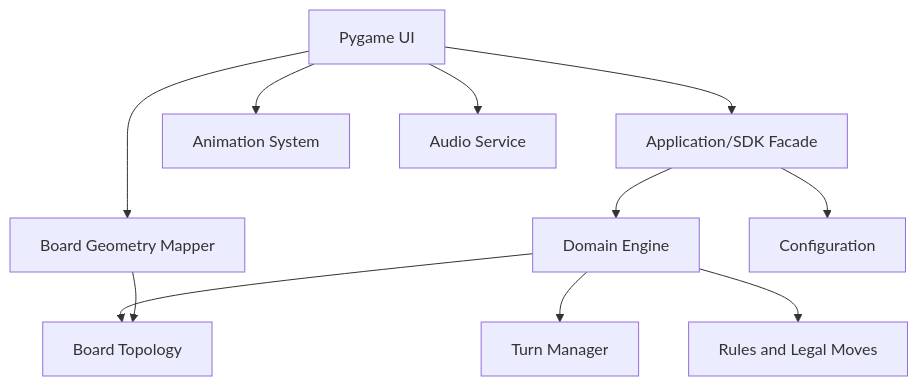
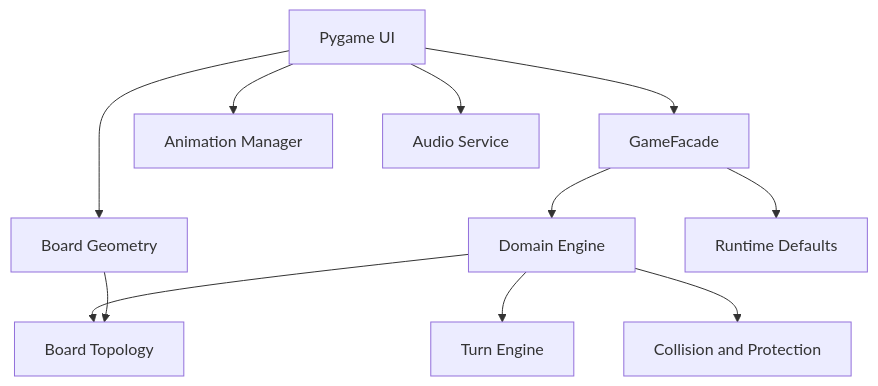
One commit to bitarfahed/Ludo-game changed the second of 4 diagrams in docs/PLAN.md. Above: the diagram before and after it, drawn with Mermaid. The commit also changed other lines of this file and 7 other files, not shown here.

````diff
--- a/docs/PLAN.md
+++ b/docs/PLAN.md
@@ -97,13 +109,13 @@
 ```mermaid
 flowchart TB
-    UI[Pygame UI] --> Facade[Application/SDK Facade]
-    UI --> Geometry[Board Geometry Mapper]
-    UI --> Animation[Animation System]
+    UI[Pygame UI] --> Facade[GameFacade]
+    UI --> Geometry[Board Geometry]
+    UI --> Animation[Animation Manager]
     UI --> Audio[Audio Service]
     Facade --> Domain[Domain Engine]
     Domain --> Topology[Board Topology]
-    Domain --> Turns[Turn Manager]
-    Domain --> Rules[Rules and Legal Moves]
-    Facade --> Config[Configuration]
+    Domain --> Turns[Turn Engine]
+    Domain --> Occupancy[Collision and Protection]
+    Facade --> Config[Runtime Defaults]
     Geometry --> Topology
 ```
````
